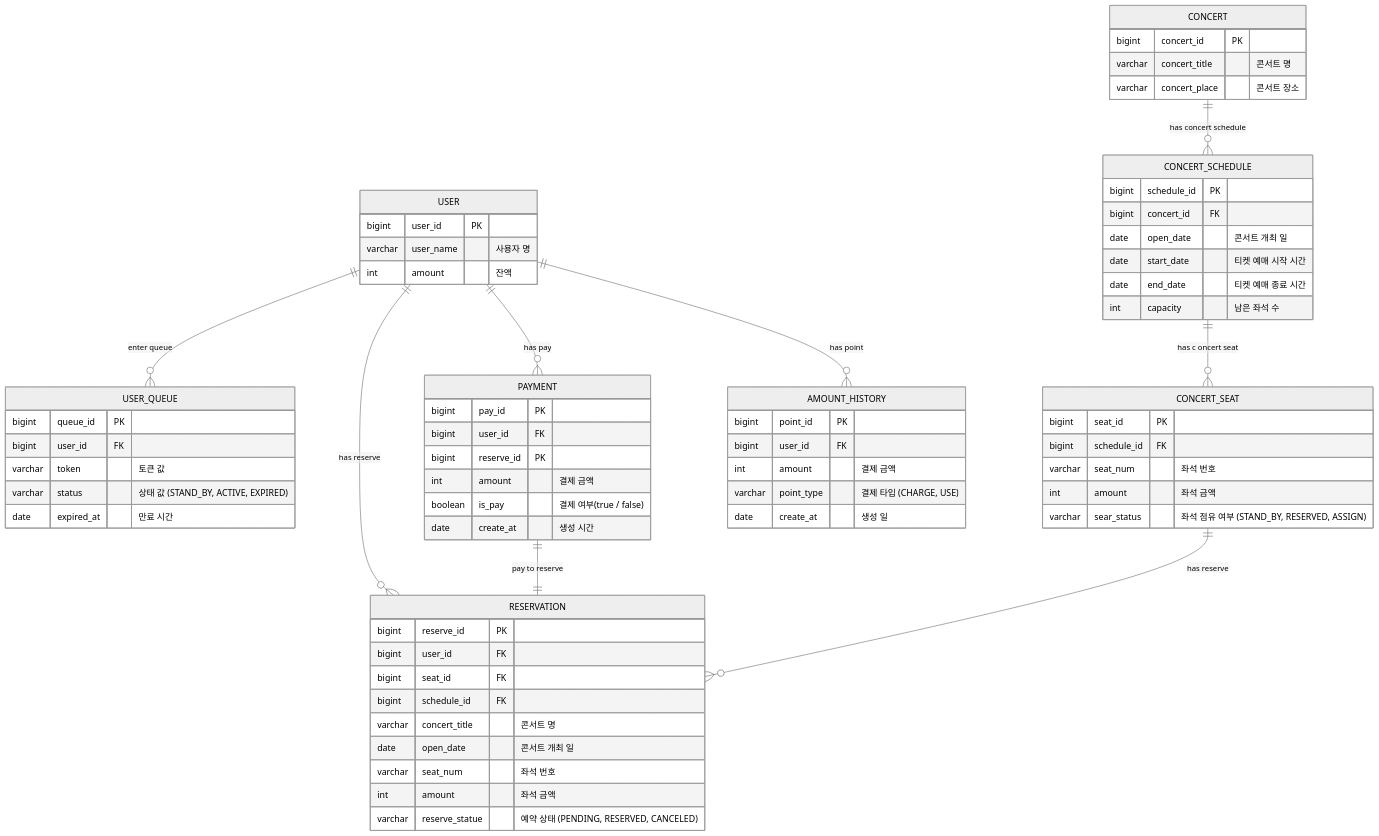
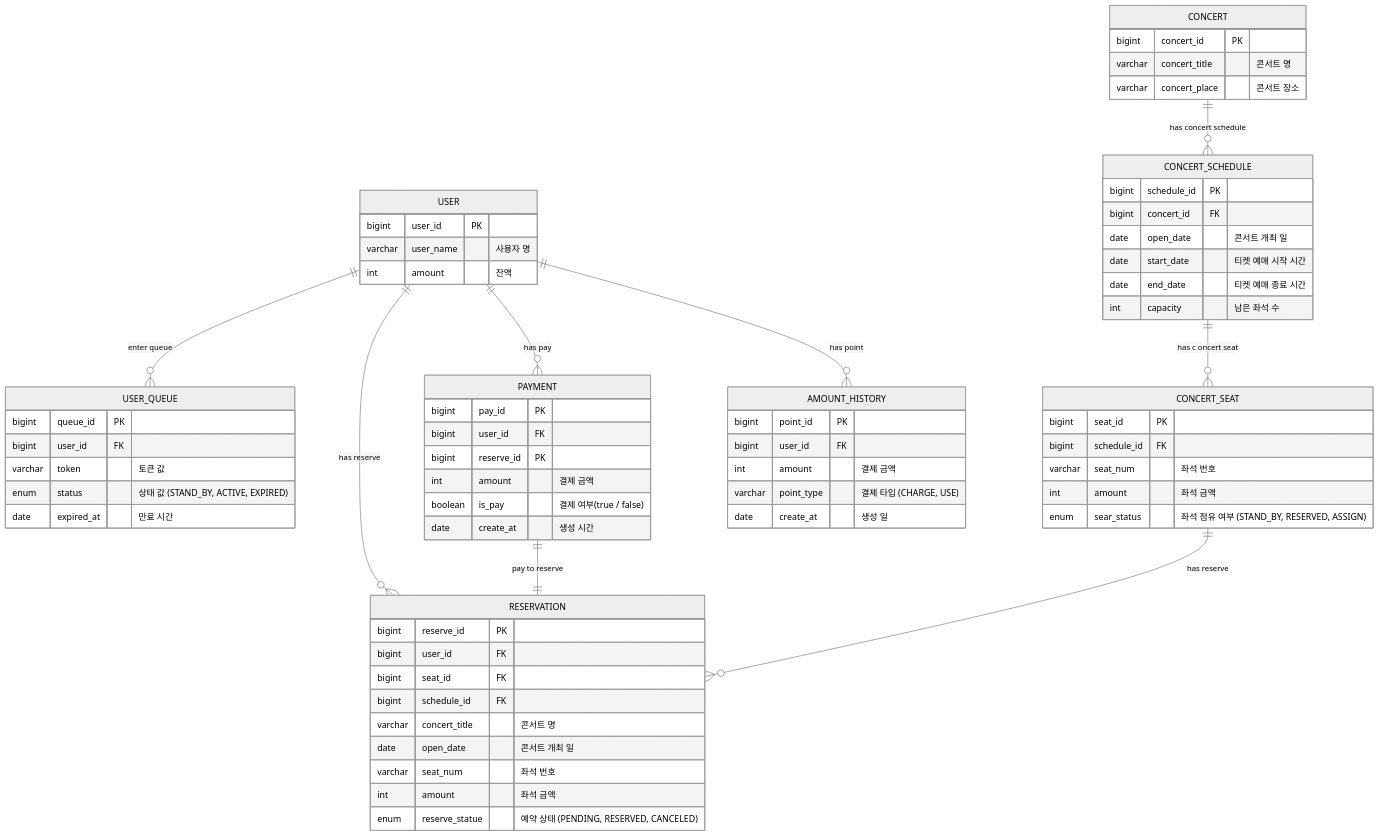
The diagram in docs/ERD.md (crimsorry/concert-service), drawn with Mermaid (neutral theme) before and after one commit.

Commit message:
[docs] ERD varchar > enum 변경

````diff
--- a/docs/ERD.md
+++ b/docs/ERD.md
@@ -3,70 +3,70 @@
 ```mermaid
 erDiagram
     USER {
         bigint user_id PK
         varchar user_name "사용자 명"
         int amount "잔액"
     }
     USER_QUEUE {
         bigint queue_id PK
         bigint user_id FK
         varchar token "토큰 값"
-        varchar status "상태 값 (STAND_BY, ACTIVE, EXPIRED)"
+        enum status "상태 값 (STAND_BY, ACTIVE, EXPIRED)"
         date expired_at "만료 시간"
     }
     CONCERT {
         bigint concert_id PK
         varchar concert_title "콘서트 명"
         varchar concert_place "콘서트 장소"
     }
     CONCERT_SCHEDULE {
         bigint schedule_id PK
         bigint concert_id FK
         date open_date "콘서트 개최 일"
         date start_date "티켓 예매 시작 시간"
         date end_date "티켓 예매 종료 시간"
         int capacity "남은 좌석 수"
     }
     CONCERT_SEAT {
         bigint seat_id PK
         bigint schedule_id FK
         varchar seat_num "좌석 번호"
         int amount "좌석 금액"
-        varchar sear_status "좌석 점유 여부 (STAND_BY, RESERVED, ASSIGN)"
+        enum sear_status "좌석 점유 여부 (STAND_BY, RESERVED, ASSIGN)"
     }
     PAYMENT {
         bigint pay_id PK
         bigint user_id FK
         bigint reserve_id PK
         int amount "결제 금액"
         boolean is_pay "결제 여부(true / false)"
         date create_at "생성 시간"
     }
     RESERVATION {
         bigint reserve_id PK
         bigint user_id FK
         bigint seat_id FK
         bigint schedule_id FK
         varchar concert_title "콘서트 명"
         date open_date "콘서트 개최 일"
         varchar seat_num "좌석 번호"
         int amount "좌석 금액"
-        varchar reserve_statue "예약 상태 (PENDING, RESERVED, CANCELED)"
+        enum reserve_statue "예약 상태 (PENDING, RESERVED, CANCELED)"
     }
     AMOUNT_HISTORY {
         bigint point_id PK
         bigint user_id FK
         int amount "결제 금액"
        	varchar point_type "결제 타입 (CHARGE, USE)"
         date create_at "생성 일"
     }
 	USER ||--o{ USER_QUEUE : "enter queue"
     USER ||--o{ PAYMENT : "has pay"
     USER ||--o{ RESERVATION : "has reserve"
     USER ||--o{ AMOUNT_HISTORY : "has point"
     CONCERT ||--o{ CONCERT_SCHEDULE : "has concert schedule"
     CONCERT_SCHEDULE ||--o{ CONCERT_SEAT : "has c oncert seat"
     PAYMENT ||--|| RESERVATION : "pay to reserve"
     CONCERT_SEAT ||--o{ RESERVATION : "has reserve"
     
 ```
````
